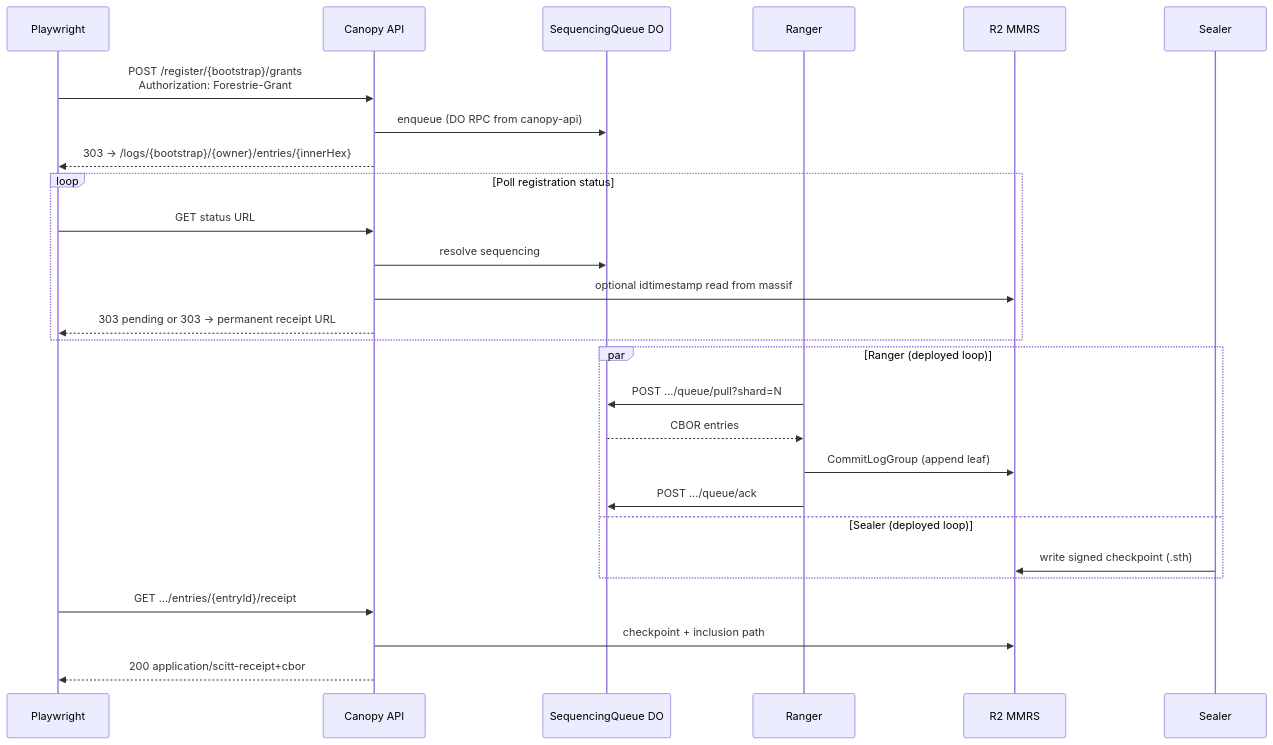
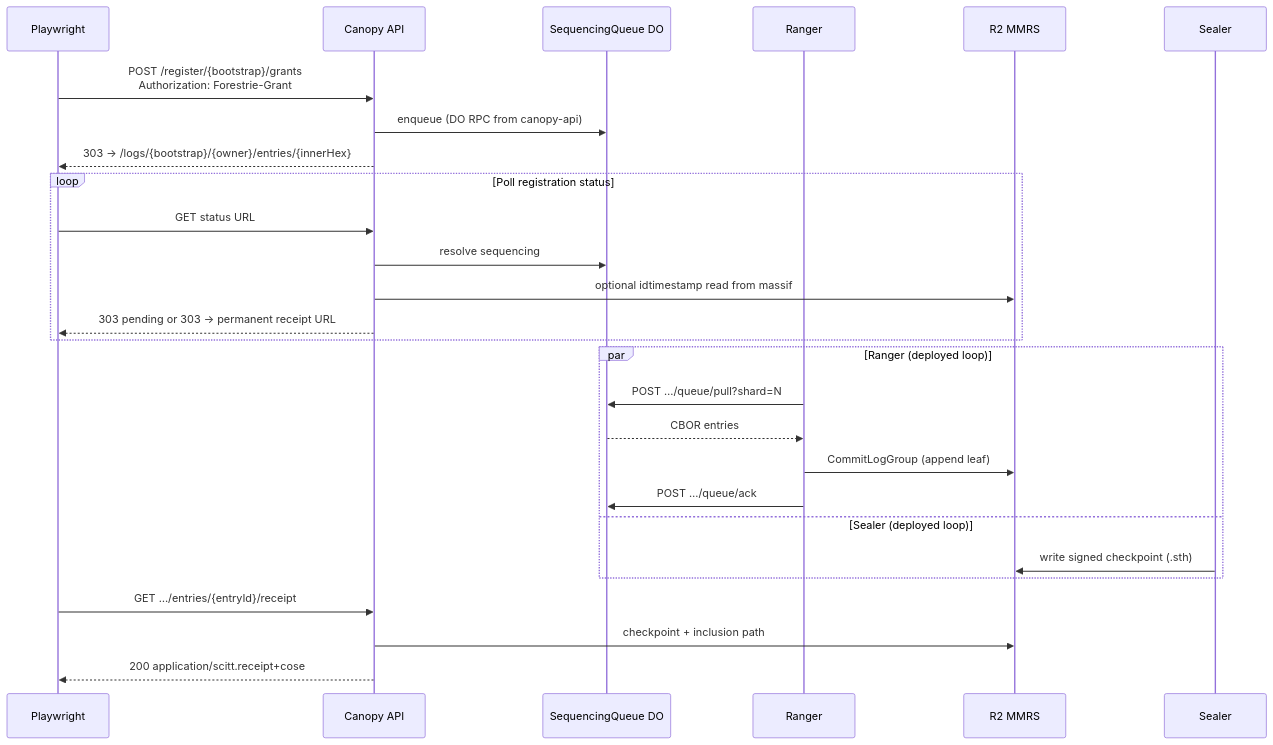
The second of 3 diagrams in packages/tests/canopy-api/tests/system/docs/overview.md (forestrie/canopy), drawn with Mermaid before and after one commit. The commit also changed 1 other file, not shown here.

Commit message:
test(system): expect application/scitt.receipt+cose on the receipt route; docs updated (FOR-559)
grants-bootstrap.spec.ts's resolve-receipt request
(pollBootstrapRegistrationThroughReceipt) sends `Accept: application/cbor`,
not the legacy `application/scitt-receipt+cbor` value, so per plan-2609-07
decision L4 the route answers with the draft-registered
`application/scitt.receipt+cose` (draft-ietf-scitt-scrapi-05 §6.3), not the
one-release alias. Updated the content-type regex assertion accordingly and
noted why inline.

docs/overview.md's base-flow-B sequence diagram updated to show the new
media type on the same GET. The two other doc hits of "scitt-receipt"
(bootstrap-log-first-entry.md, auth-data-log-chain.md) are links to the
"register-grant through SCITT receipt" heading anchor, not the media-type
value, so left as-is.

The system spec itself was not run here (needs the deployed stack); this
gate runs after the lane A deploy per plan-2609-07 step 2.3.

Claude-Session: https://claude.ai/code/session_0191Rmm3ueccZs3qYboJQQJS

````diff
--- a/packages/tests/canopy-api/tests/system/docs/overview.md
+++ b/packages/tests/canopy-api/tests/system/docs/overview.md
@@ -109,33 +109,33 @@
 ```mermaid
 sequenceDiagram
     participant PT as Playwright
     participant API as Canopy API
     participant DO as SequencingQueue DO
     participant RNG as Ranger
     participant R2 as R2 MMRS
     participant SEL as Sealer
 
     PT->>API: POST /register/{bootstrap}/grants<br/>Authorization: Forestrie-Grant
     API->>DO: enqueue (DO RPC from canopy-api)
     API-->>PT: 303 → /logs/{bootstrap}/{owner}/entries/{innerHex}
 
     loop Poll registration status
         PT->>API: GET status URL
         API->>DO: resolve sequencing
         API->>R2: optional idtimestamp read from massif
         API-->>PT: 303 pending or 303 → permanent receipt URL
     end
 
     par Ranger (deployed loop)
         RNG->>DO: POST …/queue/pull?shard=N
         DO-->>RNG: CBOR entries
         RNG->>R2: CommitLogGroup (append leaf)
         RNG->>DO: POST …/queue/ack
     and Sealer (deployed loop)
         SEL->>R2: write signed checkpoint (.sth)
     end
 
     PT->>API: GET …/entries/{entryId}/receipt
     API->>R2: checkpoint + inclusion path
-    API-->>PT: 200 application/scitt-receipt+cbor
+    API-->>PT: 200 application/scitt.receipt+cose
 ```
````
